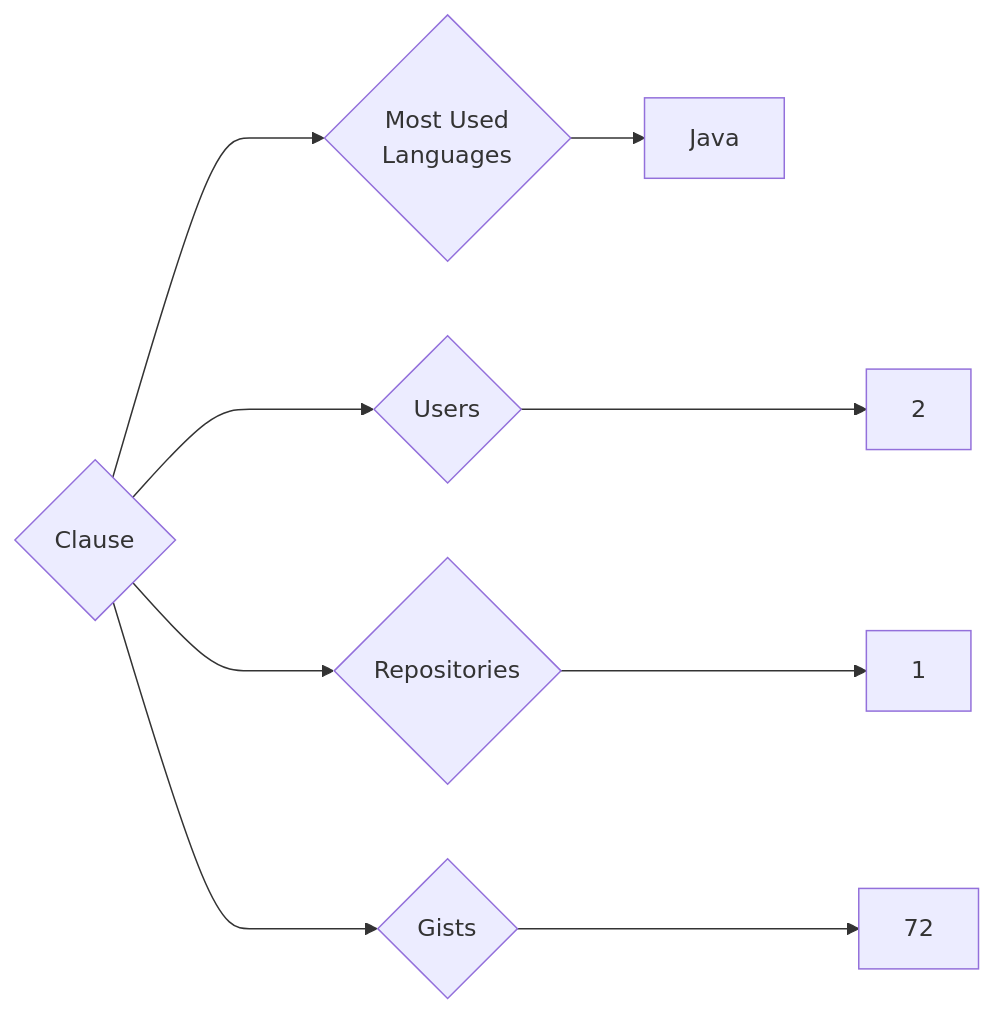
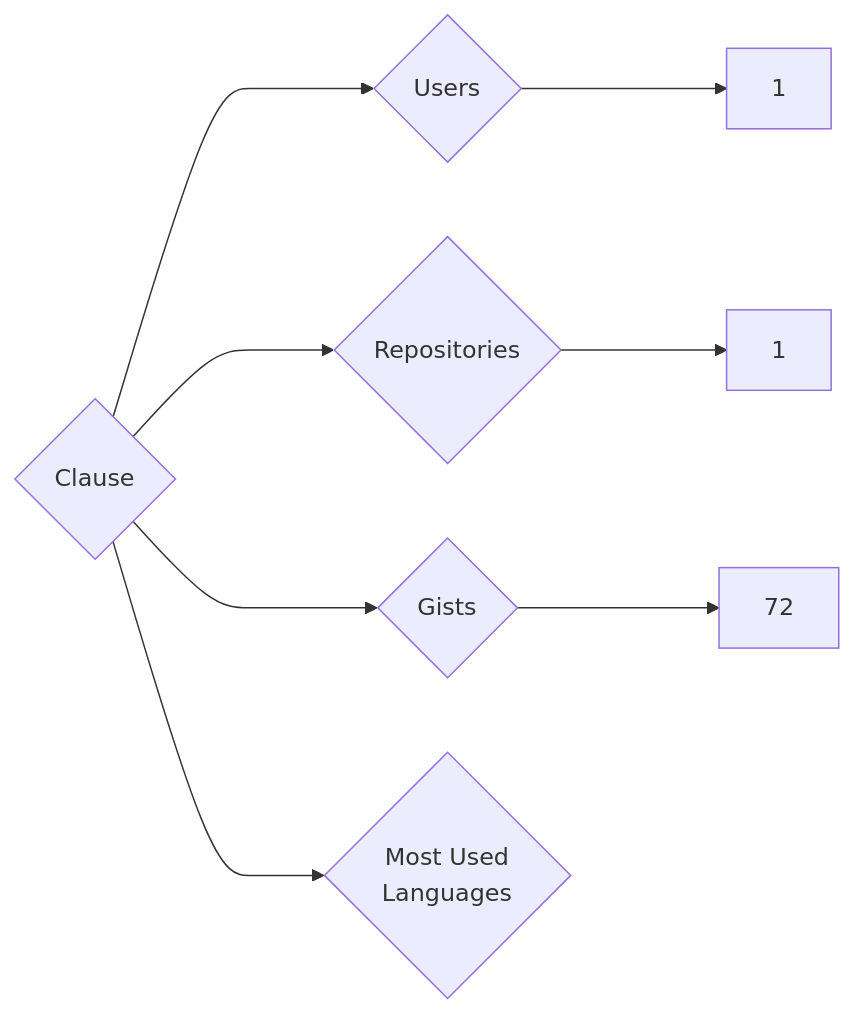
One commit to trickest/insiders changed the diagram in targets/Clause/README.md. Above: the diagram before and after it, drawn with Mermaid. The commit also changed 953 other files, not shown here.

````diff
--- a/targets/Clause/README.md
+++ b/targets/Clause/README.md
@@ -3,9 +3,8 @@
 ```mermaid
 graph LR
 COMPANY_NAME{Clause}
-COMPANY_NAME ---> U{Users} ---> UN[2]
+COMPANY_NAME ---> U{Users} ---> UN[1]
 COMPANY_NAME ---> R{Repositories} ---> RN[1]
 COMPANY_NAME ---> G{Gists} ---> GN[72]
 COMPANY_NAME ---> ML{Most Used<br>Languages}
-ML --> Java[Java]
 ```
````
